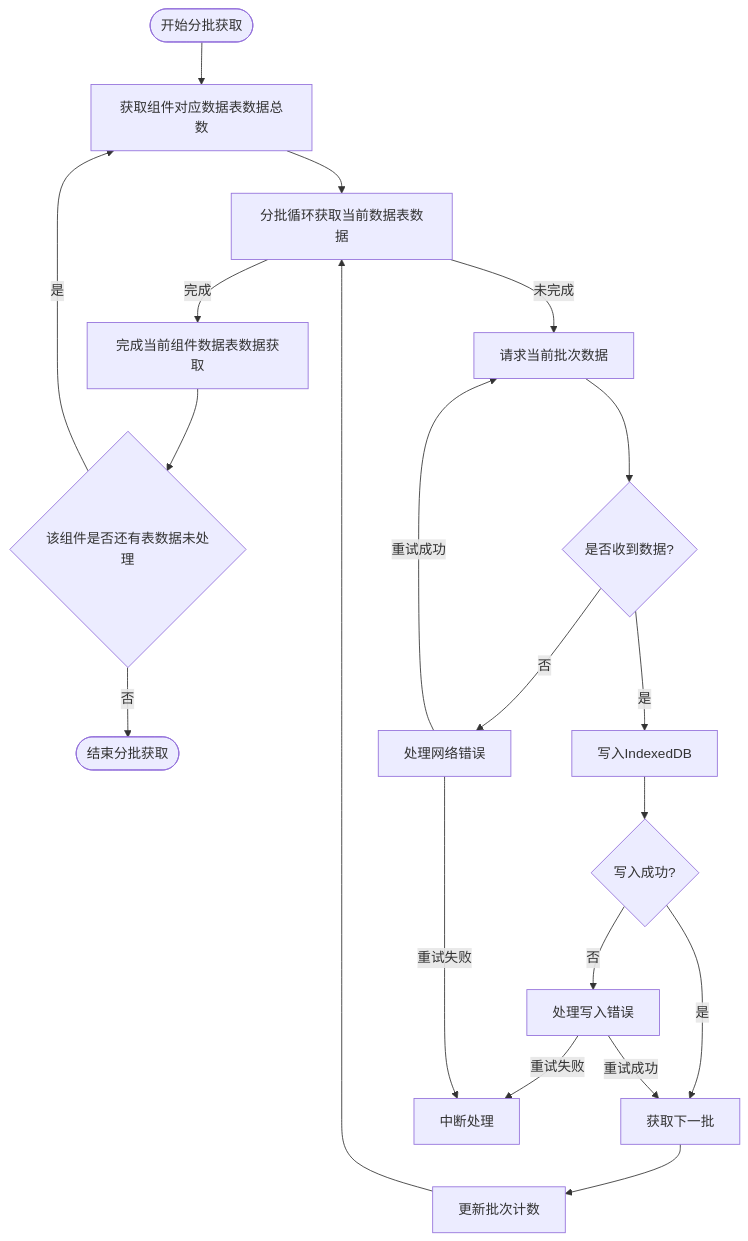
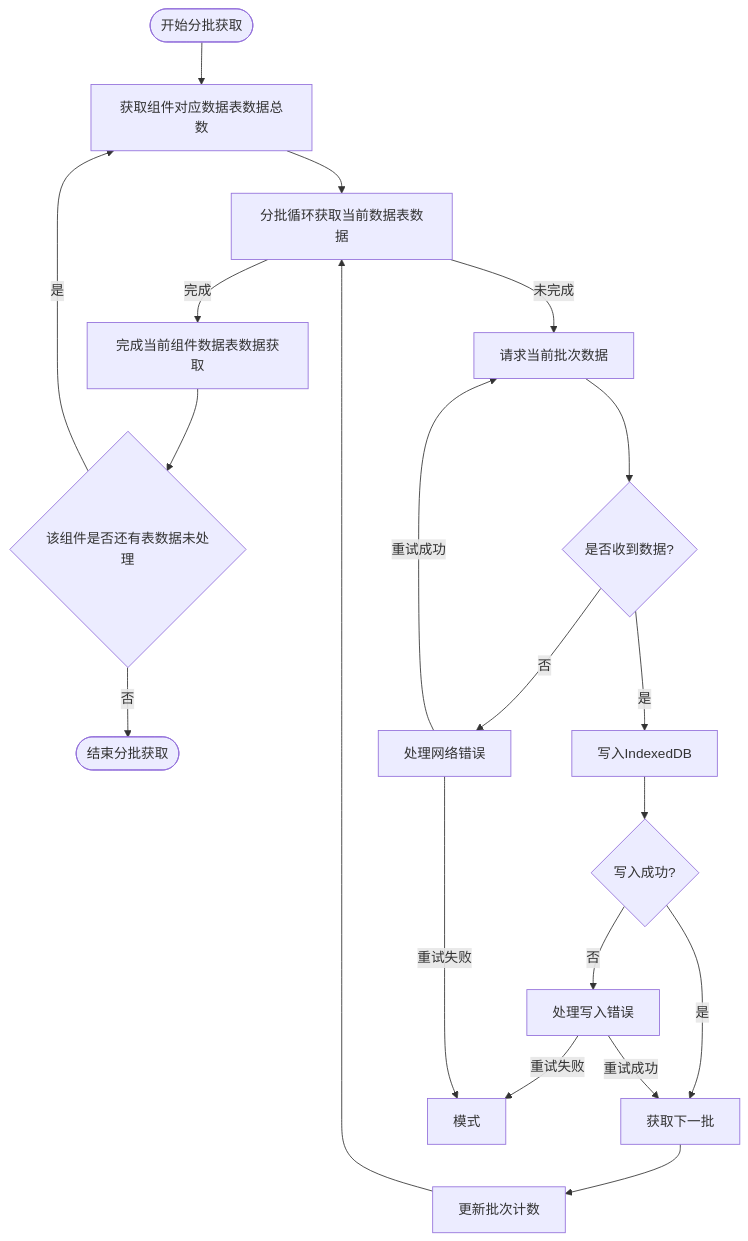
Before and after one commit to yingjianzh/iodraw-files: the diagram in all/未命名-56.md, drawn with Mermaid.

Commit message:
2025-05-12 10:30:13 update

````diff
--- a/all/未命名-56.md
+++ b/all/未命名-56.md
@@ -1,34 +1,34 @@
 ```mermaid
 
 flowchart TD
     StartBatch([开始分批获取]) --> InitializeBatch[获取组件对应数据表数据总数]
     InitializeBatch --> CheckBatchSize[分批循环获取当前数据表数据]
     
     CheckBatchSize -->|完成| BatchComplete[完成当前组件数据表数据获取]
 
     BatchComplete --> HasNext{该组件是否还有表数据未处理}
 
     HasNext --> |是| InitializeBatch
     HasNext --> |否| EndBatch([结束分批获取])
 
     
     CheckBatchSize -->|未完成| RequestBatch[请求当前批次数据]
     RequestBatch --> ReceiveBatch{是否收到数据?}
     
     ReceiveBatch -->|是| WriteToDB[写入IndexedDB]
     
     WriteToDB --> BatchSuccess{写入成功?}
     BatchSuccess -->|是| NextBatch[获取下一批]
     BatchSuccess -->|否| HandleError[处理写入错误]
     HandleError -->|重试成功| NextBatch
-    HandleError -->|重试失败| AbortProcess[中断处理]
+    HandleError -->|重试失败| AbortProcess[模式]
     
     ReceiveBatch -->|否| HandleNetworkError[处理网络错误]
     HandleNetworkError -->|重试成功| RequestBatch
     HandleNetworkError -->|重试失败| AbortProcess
     
     NextBatch --> IncrementBatch[更新批次计数]
     IncrementBatch --> CheckBatchSize
     
 
 ```
````
